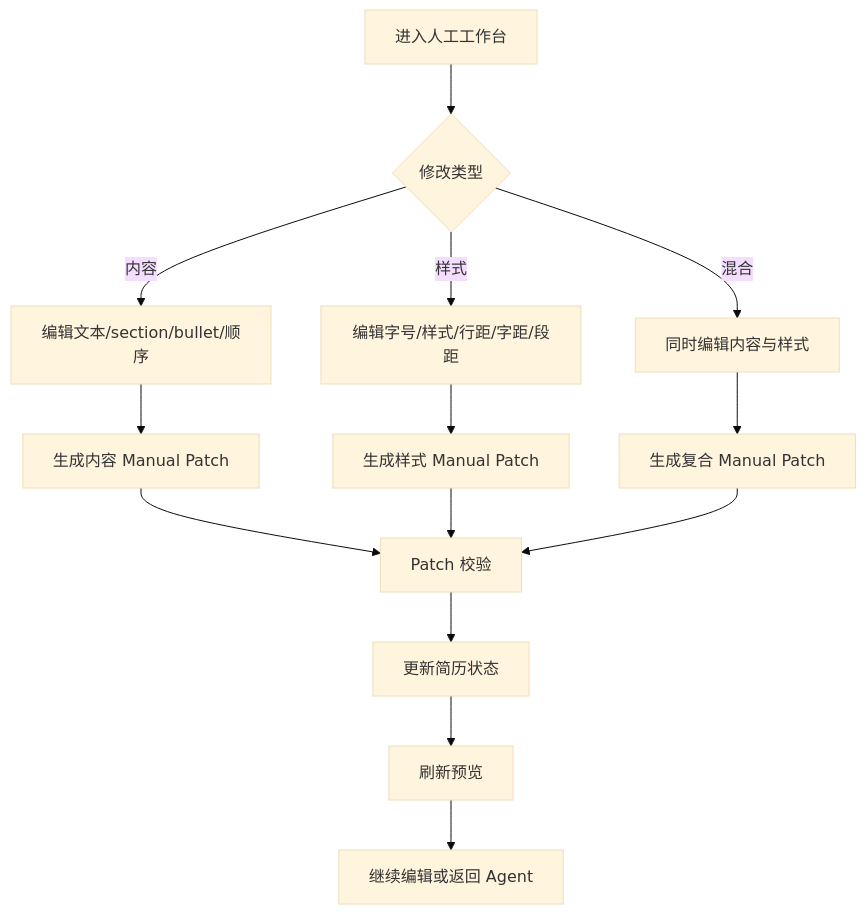
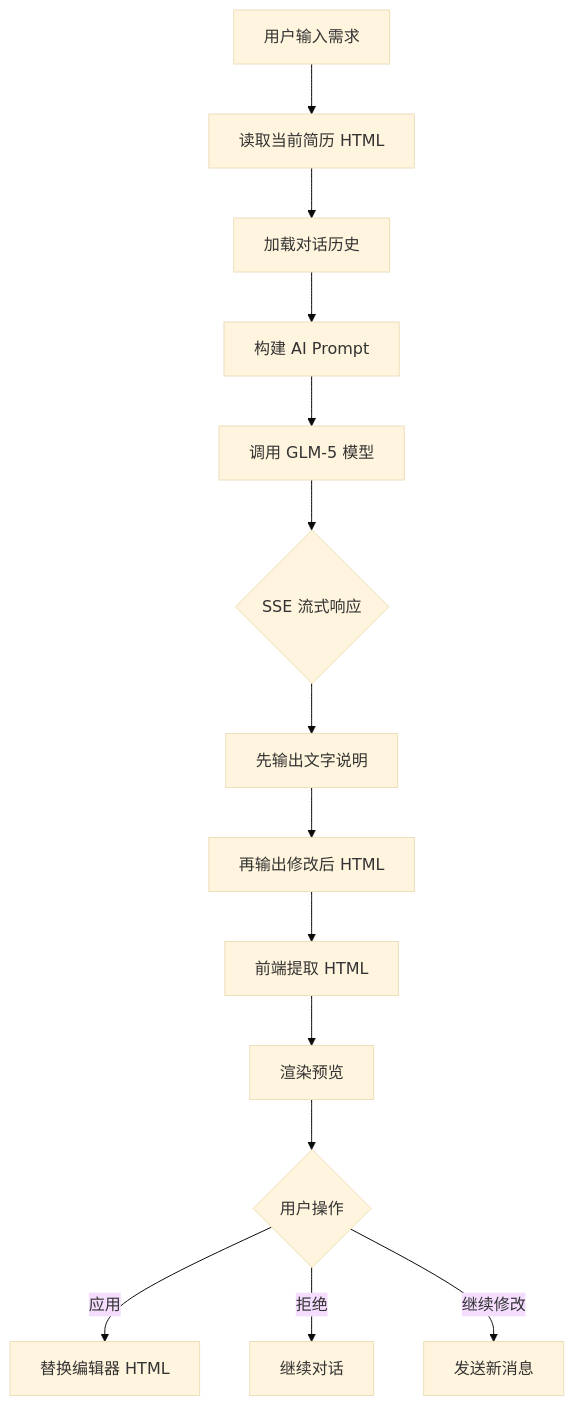
One commit to MEO-wj/ResumeGenius changed the third of 3 diagrams in docs/01-product/product-logic-diagrams.md. Above: the diagram before and after it, drawn with Mermaid (base theme). The commit also changed other lines of this file and 24 other files, not shown here.

````diff
--- a/docs/01-product/product-logic-diagrams.md
+++ b/docs/01-product/product-logic-diagrams.md
@@ -137,19 +91,20 @@
 ```mermaid
 flowchart TD
-    A[进入人工工作台] --> B{修改类型}
-    B -- 内容 --> C[编辑文本/section/bullet/顺序]
-    B -- 样式 --> D[编辑字号/样式/行距/字距/段距]
-    B -- 混合 --> E[同时编辑内容与样式]
+    A[用户输入需求] --> B[读取当前简历 HTML]
+    B --> C[加载对话历史]
 
-    C --> F[生成内容 Manual Patch]
-    D --> G[生成样式 Manual Patch]
-    E --> H[生成复合 Manual Patch]
+    C --> D[构建 AI Prompt]
+    D --> E[调用 GLM-5 模型]
 
-    F --> I[Patch 校验]
-    G --> I
-    H --> I
+    E --> F{SSE 流式响应}
+    F --> G[先输出文字说明]
+    G --> H[再输出修改后 HTML]
 
-    I --> J[更新简历状态]
-    J --> K[刷新预览]
-    K --> L[继续编辑或返回 Agent]
+    H --> I[前端提取 HTML]
+    I --> J[渲染预览]
+
+    J --> K{用户操作}
+    K -- 应用 --> L[替换编辑器 HTML]
+    K -- 拒绝 --> M[继续对话]
+    K -- 继续修改 --> N[发送新消息]
 ```
````
